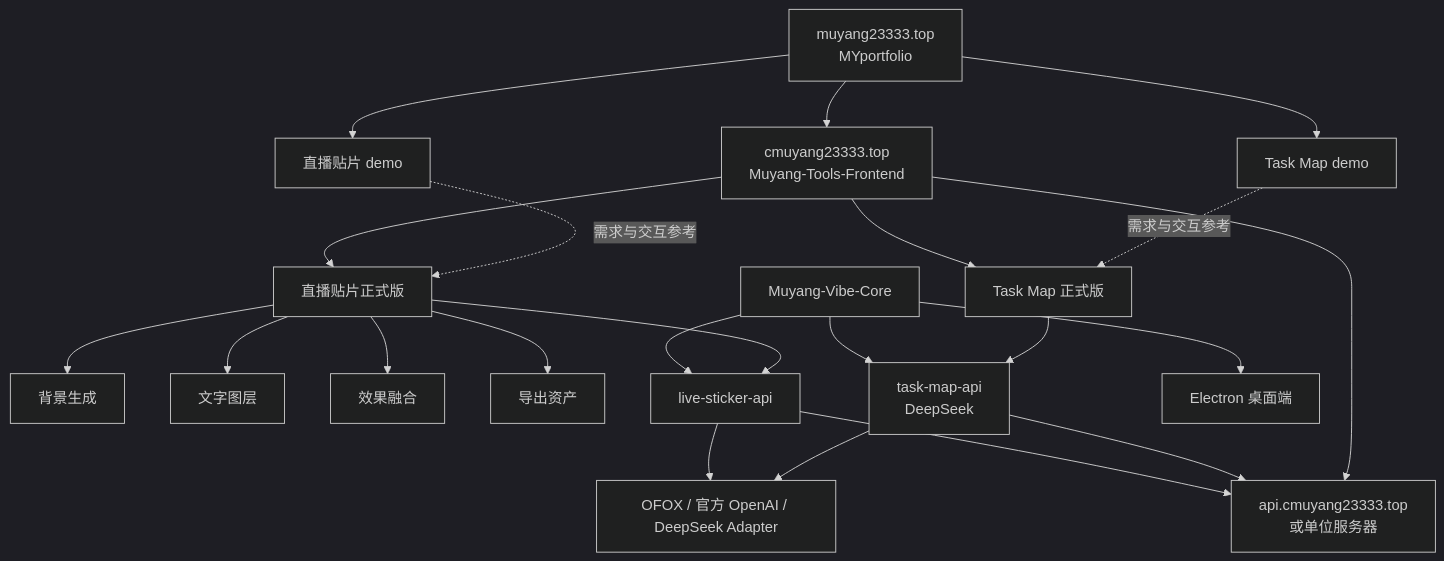
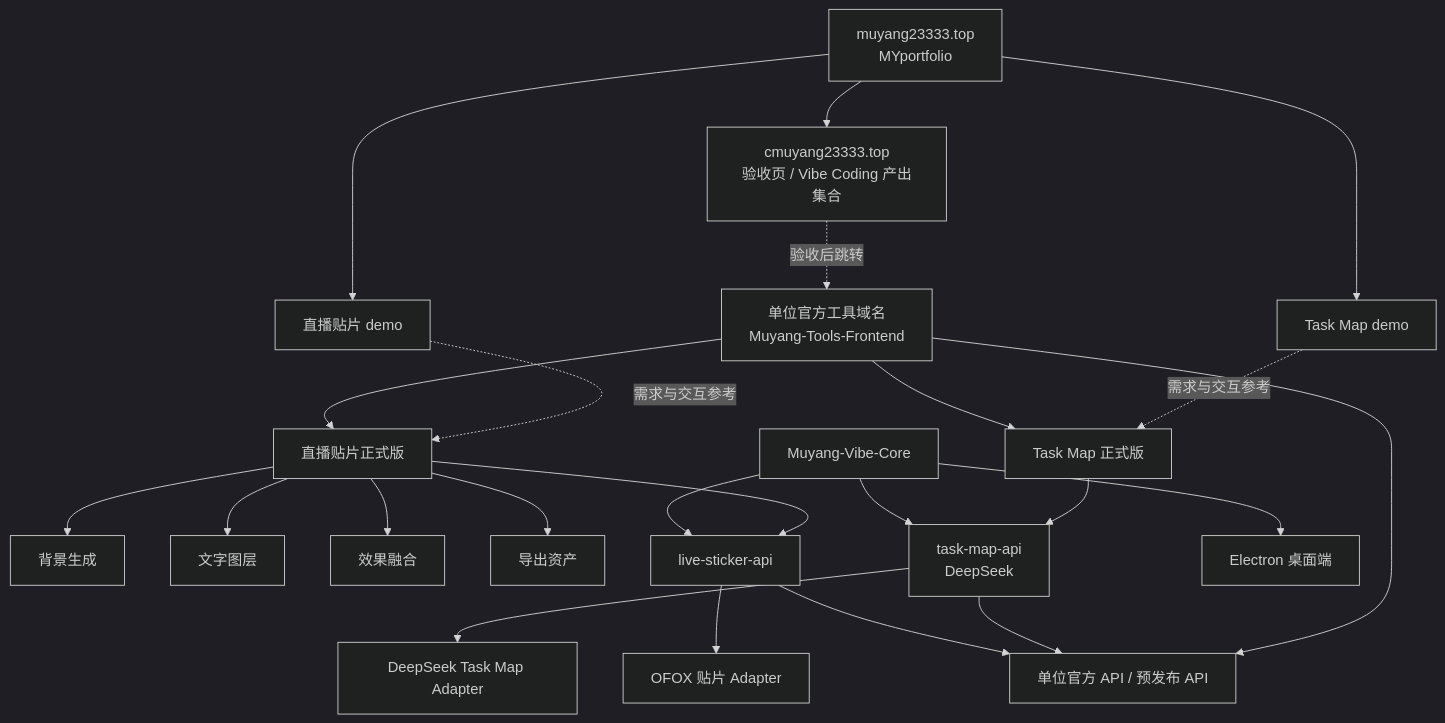
One commit to akdddddcccc/Muyang-Vibe-Core changed the second of 2 diagrams in docs/architecture-overview.md. Above: the diagram before and after it, drawn with Mermaid (dark theme). The commit also changed other lines of this file and 6 other files, not shown here.

````diff
--- a/docs/architecture-overview.md
+++ b/docs/architecture-overview.md
@@ -24,41 +24,44 @@
 ```mermaid
 flowchart TB
   Portfolio["muyang23333.top<br/>MYportfolio"]
   TaskDemo["Task Map demo"]
   StickerDemo["直播贴片 demo"]
-  Tools["cmuyang23333.top<br/>Muyang-Tools-Frontend"]
+  Acceptance["cmuyang23333.top<br/>验收页 / Vibe Coding 产出集合"]
+  Tools["单位官方工具域名<br/>Muyang-Tools-Frontend"]
   TaskProduct["Task Map 正式版"]
   StickerProduct["直播贴片正式版"]
   Background["背景生成"]
   Typography["文字图层"]
   Composition["效果融合"]
   Export["导出资产"]
   Core["Muyang-Vibe-Core"]
   TaskApi["task-map-api<br/>DeepSeek"]
   StickerApi["live-sticker-api"]
-  Adapters["OFOX / 官方 OpenAI / DeepSeek Adapter"]
+  StickerAdapter["OFOX 贴片 Adapter"]
+  TaskAdapter["DeepSeek Task Map Adapter"]
   Desktop["Electron 桌面端"]
-  Api["api.cmuyang23333.top<br/>或单位服务器"]
+  Api["单位官方 API / 预发布 API"]
 
   Portfolio --> TaskDemo
   Portfolio --> StickerDemo
-  Portfolio --> Tools
+  Portfolio --> Acceptance
   TaskDemo -. "需求与交互参考" .-> TaskProduct
   StickerDemo -. "需求与交互参考" .-> StickerProduct
+  Acceptance -. "验收后跳转" .-> Tools
   Tools --> TaskProduct
   Tools --> StickerProduct
   StickerProduct --> Background
   StickerProduct --> Typography
   StickerProduct --> Composition
   StickerProduct --> Export
   TaskProduct --> TaskApi
   StickerProduct --> StickerApi
-  TaskApi --> Adapters
-  StickerApi --> Adapters
+  TaskApi --> TaskAdapter
+  StickerApi --> StickerAdapter
   Core --> TaskApi
   Core --> StickerApi
   Core --> Desktop
   Tools --> Api
   TaskApi --> Api
   StickerApi --> Api
 ```
````
